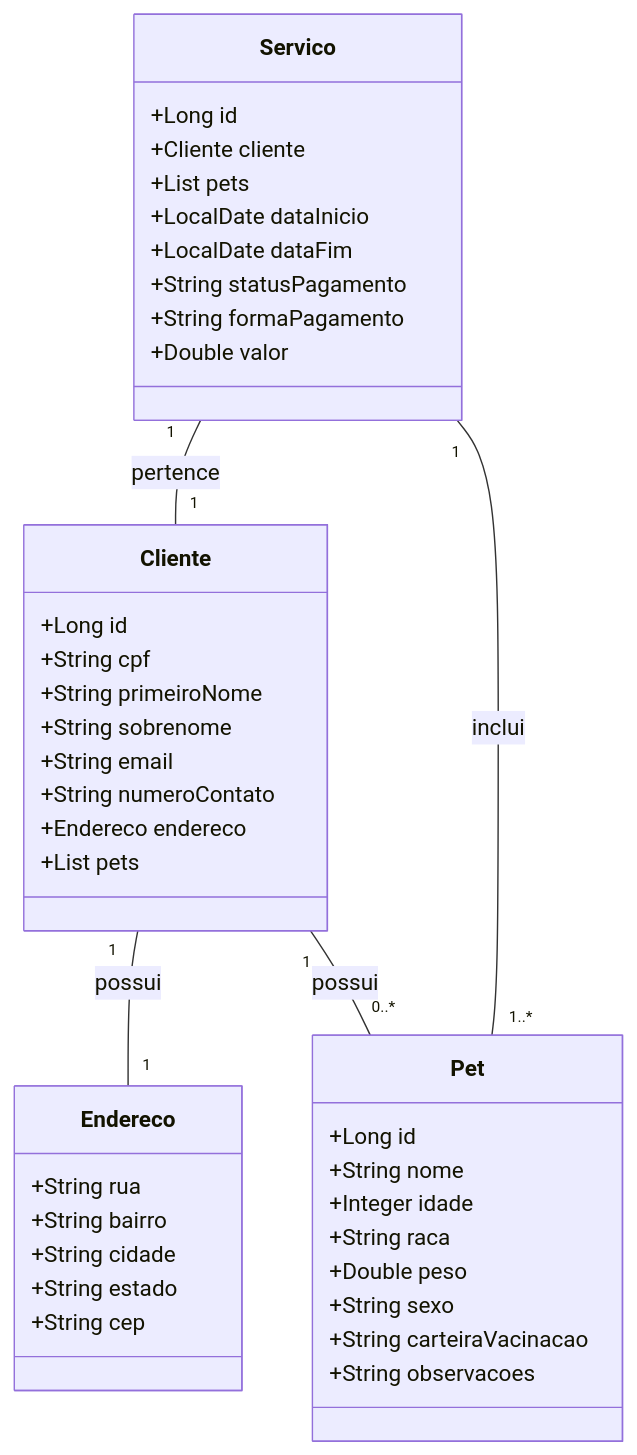
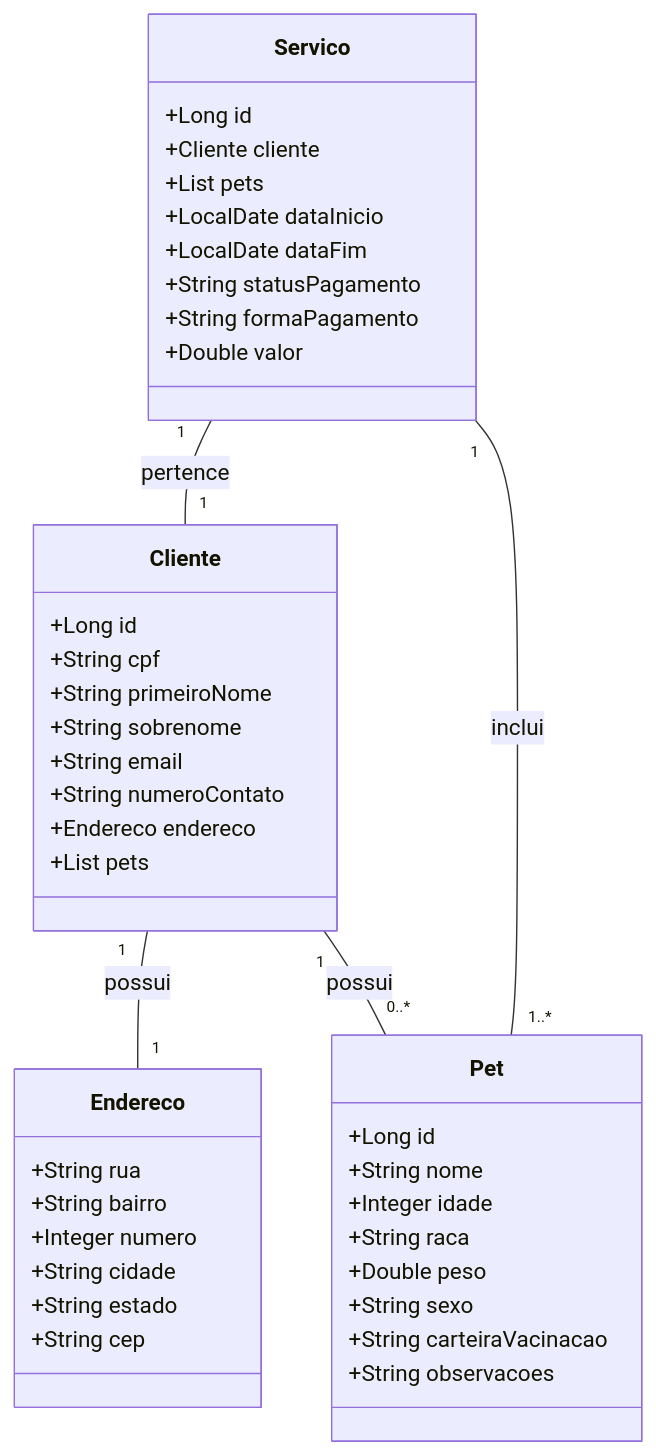
Before and after one commit to lucascalado0/minha-api-gestao: the diagram in README.md, drawn with Mermaid.

Commit message:
atualizando

````diff
--- a/README.md
+++ b/README.md
@@ -6,50 +6,51 @@
 ```mermaid
 classDiagram
     class Cliente {
         +Long id
         +String cpf
         +String primeiroNome
         +String sobrenome
         +String email
         +String numeroContato
         +Endereco endereco
         +List<Pet> pets
     }
 
     class Endereco {
         +String rua
         +String bairro
+        +Integer numero
         +String cidade
         +String estado
         +String cep
     }
 
     class Pet {
         +Long id
         +String nome
         +Integer idade
         +String raca
         +Double peso
         +String sexo
         +String carteiraVacinacao
         +String observacoes
     }
 
     class Servico {
         +Long id
         +Cliente cliente
         +List<Pet> pets
         +LocalDate dataInicio
         +LocalDate dataFim
         +String statusPagamento
         +String formaPagamento
         +Double valor
     }
 
     Cliente "1" -- "1" Endereco : possui
     Cliente "1" -- "0..*" Pet : possui
     Servico "1" -- "1" Cliente : pertence
     Servico "1" -- "1..*" Pet : inclui
 
 
 ```
````
